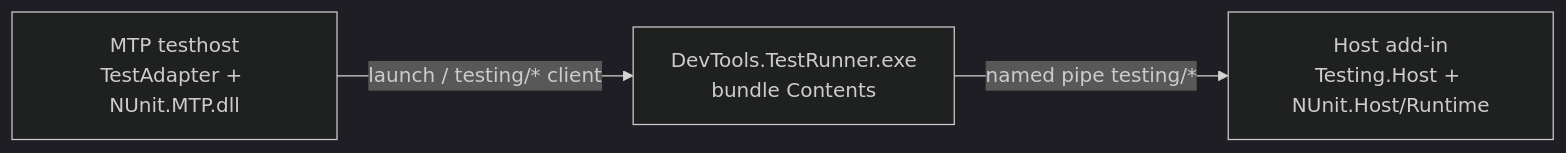
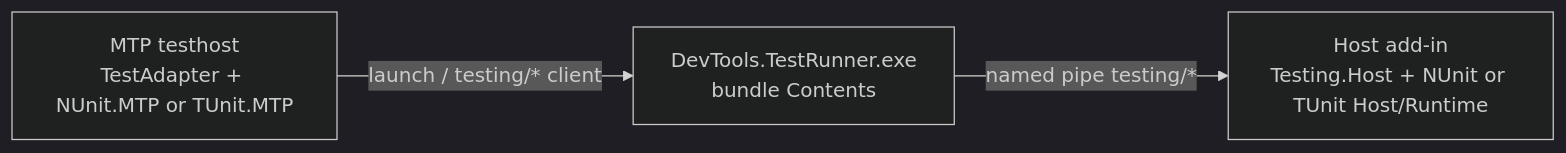
The diagram in docs/architecture/Testing/README.md (trgiangv/RevitDevTool), drawn with Mermaid (dark theme) before and after one commit. The commit also changed other lines of this file and 4 other files, not shown here.

First line of the commit message:
docs(testing): document MTP registration, generation helpers, and TUnit expansion

````diff
--- a/docs/architecture/Testing/README.md
+++ b/docs/architecture/Testing/README.md
@@ -105,9 +108,9 @@
 ```mermaid
 flowchart LR
-  Testhost["MTP testhost\nTestAdapter + NUnit.MTP.dll"]
+  Testhost["MTP testhost\nTestAdapter + NUnit.MTP or TUnit.MTP"]
   Runner["DevTools.TestRunner.exe\nbundle Contents"]
-  Host["Host add-in\nTesting.Host + NUnit.Host/Runtime"]
+  Host["Host add-in\nTesting.Host + NUnit or TUnit Host/Runtime"]
 
   Testhost -->|"launch / testing/* client"| Runner
   Runner -->|"named pipe testing/*"| Host
 ```
````
